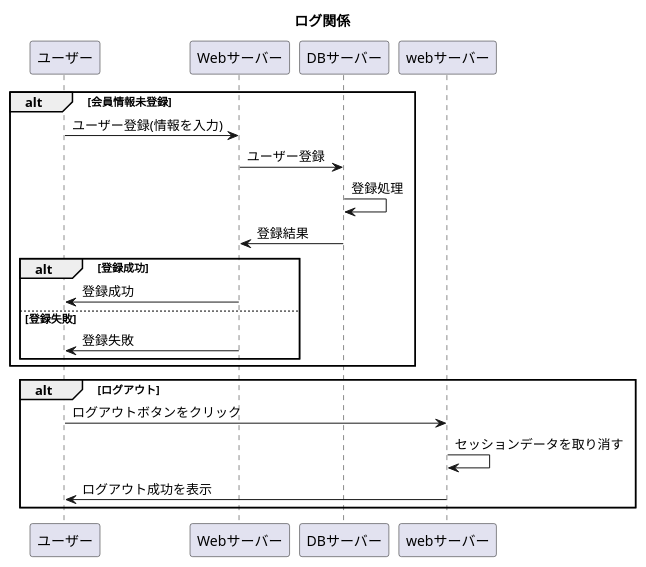
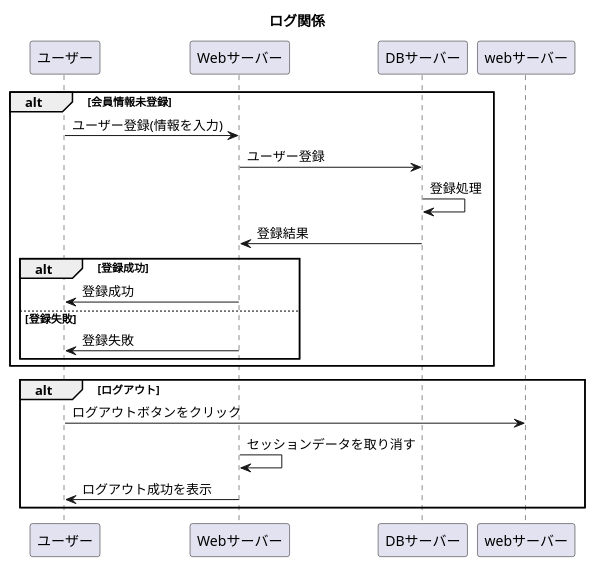
Before and after one commit to Aso2001227/Aso-Sports-1: the diagram in 設計書/02_業務フロー/Log-flow.md, drawn with PlantUML.

````diff
--- a/設計書/02_業務フロー/Log-flow.md
+++ b/設計書/02_業務フロー/Log-flow.md
@@ -1,21 +1,21 @@
 ```uml
 @startuml
 title: ログ関係
 alt 会員情報未登録
   ユーザー -> Webサーバー : ユーザー登録(情報を入力)
   Webサーバー -> DBサーバー : ユーザー登録
   DBサーバー -> DBサーバー : 登録処理
   DBサーバー -> Webサーバー : 登録結果
   alt 登録成功
     Webサーバー -> ユーザー : 登録成功
     else 登録失敗
     Webサーバー -> ユーザー : 登録失敗
   end
  end
 alt ログアウト
 ユーザー ->webサーバー :ログアウトボタンをクリック
-webサーバー -> webサーバー :セッションデータを取り消す
-webサーバー -> ユーザー :ログアウト成功を表示
+Webサーバー -> Webサーバー :セッションデータを取り消す
+Webサーバー -> ユーザー :ログアウト成功を表示
 end
 @enduml
 ```
````
